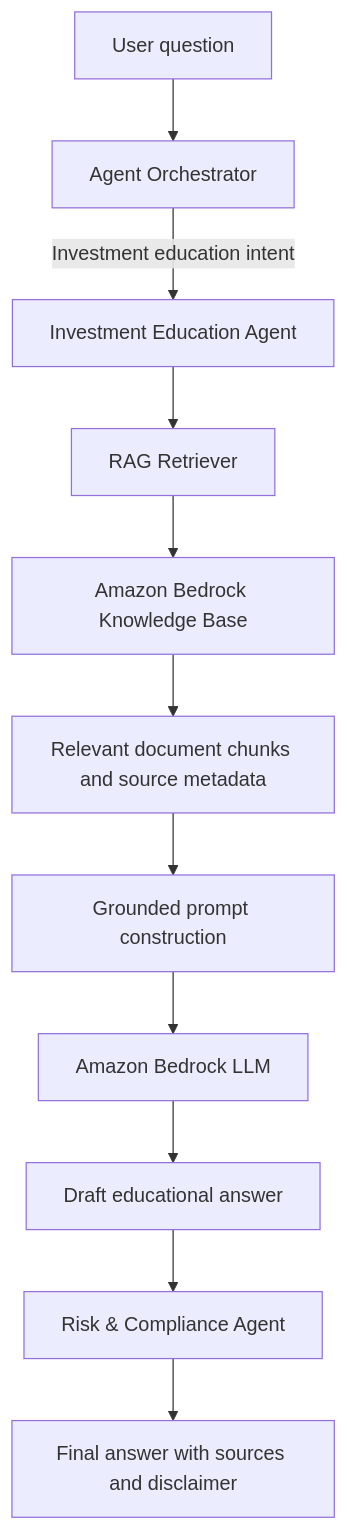
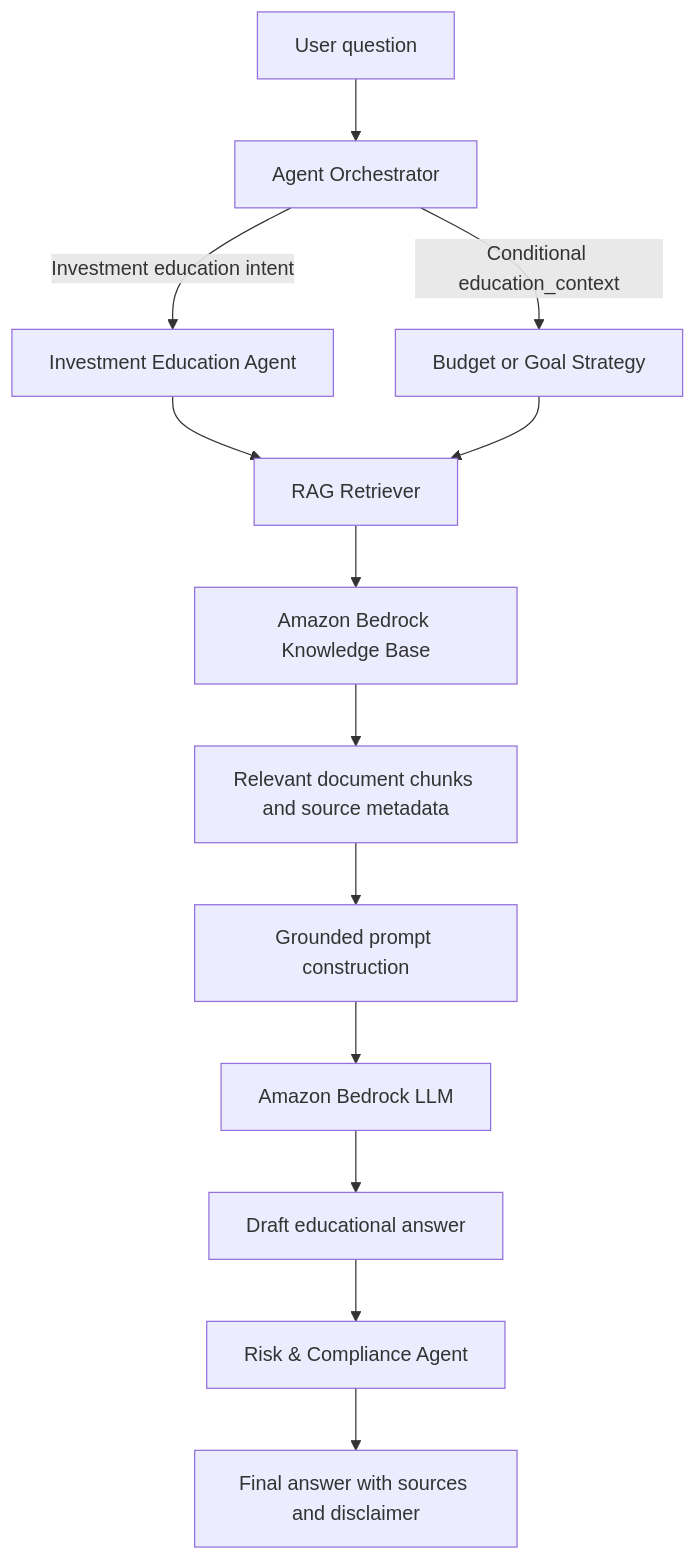
One commit to Seanleng99/nus-iss-ais-team9 changed the first of 2 diagrams in docs/rag_arch.md. Above: the diagram before and after it, drawn with Mermaid. The commit also changed other lines of this file and 40 other files, not shown here.

Commit message:
feat: add conditional education RAG dependencies

````diff
--- a/docs/rag_arch.md
+++ b/docs/rag_arch.md
@@ -19,13 +19,15 @@
 ```mermaid
 flowchart TD
   User["User question"] --> Orchestrator["Agent Orchestrator"]
   Orchestrator -->|"Investment education intent"| Investment["Investment Education Agent"]
+  Orchestrator -->|"Conditional education_context"| BudgetGoal["Budget or Goal Strategy"]
   Investment --> Retriever["RAG Retriever"]
+  BudgetGoal --> Retriever
   Retriever --> KnowledgeBase["Amazon Bedrock Knowledge Base"]
   KnowledgeBase --> Context["Relevant document chunks and source metadata"]
   Context --> Prompt["Grounded prompt construction"]
   Prompt --> LLM["Amazon Bedrock LLM"]
   LLM --> Draft["Draft educational answer"]
   Draft --> Compliance["Risk & Compliance Agent"]
   Compliance --> Final["Final answer with sources and disclaimer"]
 ```
````
